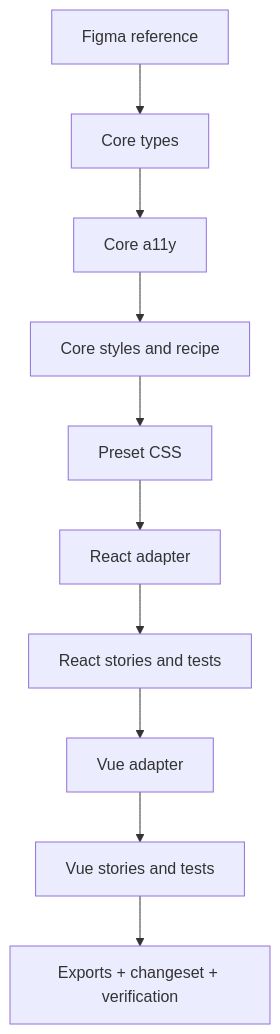
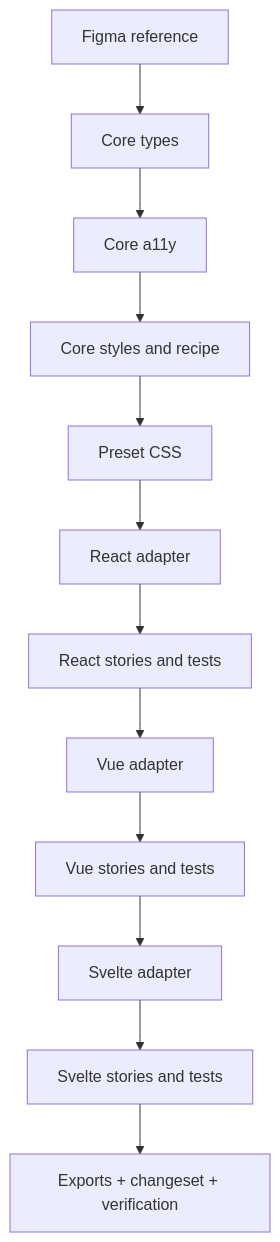
The fourth of 5 diagrams in docs/reference/architecture.md (niklas-westman/marwes), drawn with Mermaid before and after one commit. The commit also changed other lines of this file and 947 other files, not shown here.

````diff
--- a/docs/reference/architecture.md
+++ b/docs/reference/architecture.md
@@ -156,12 +164,14 @@
 ```mermaid
 flowchart TD
   A["Figma reference"] --> B["Core types"]
   B --> C["Core a11y"]
   C --> D["Core styles and recipe"]
   D --> E["Preset CSS"]
   E --> F["React adapter"]
   F --> G["React stories and tests"]
   G --> H["Vue adapter"]
   H --> I["Vue stories and tests"]
-  I --> J["Exports + changeset + verification"]
+  I --> J["Svelte adapter"]
+  J --> K["Svelte stories and tests"]
+  K --> L["Exports + changeset + verification"]
 ```
````
